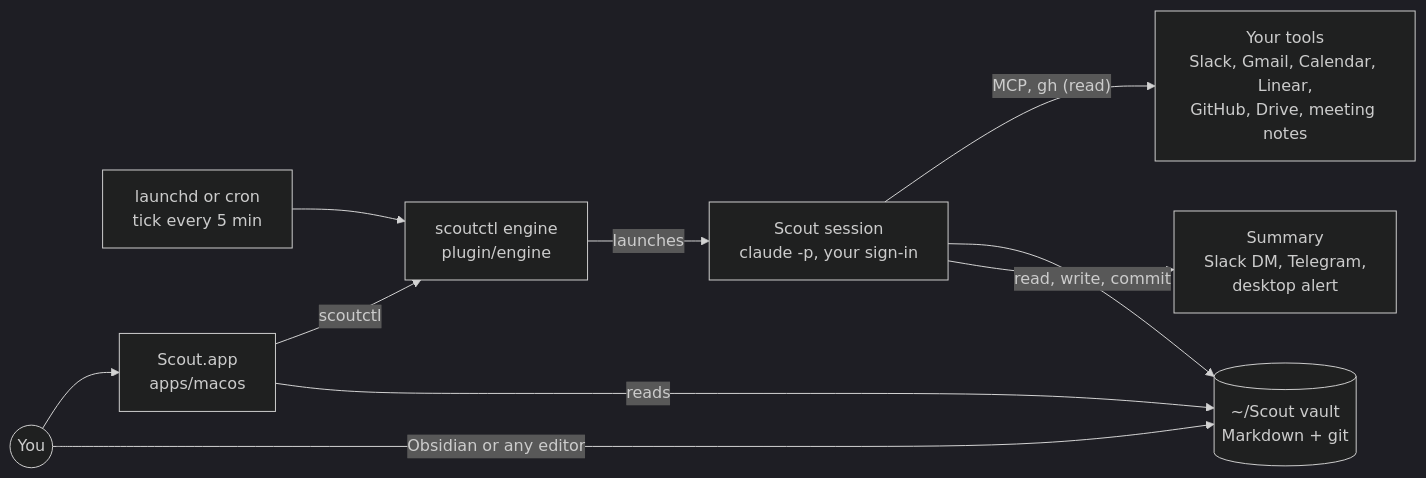
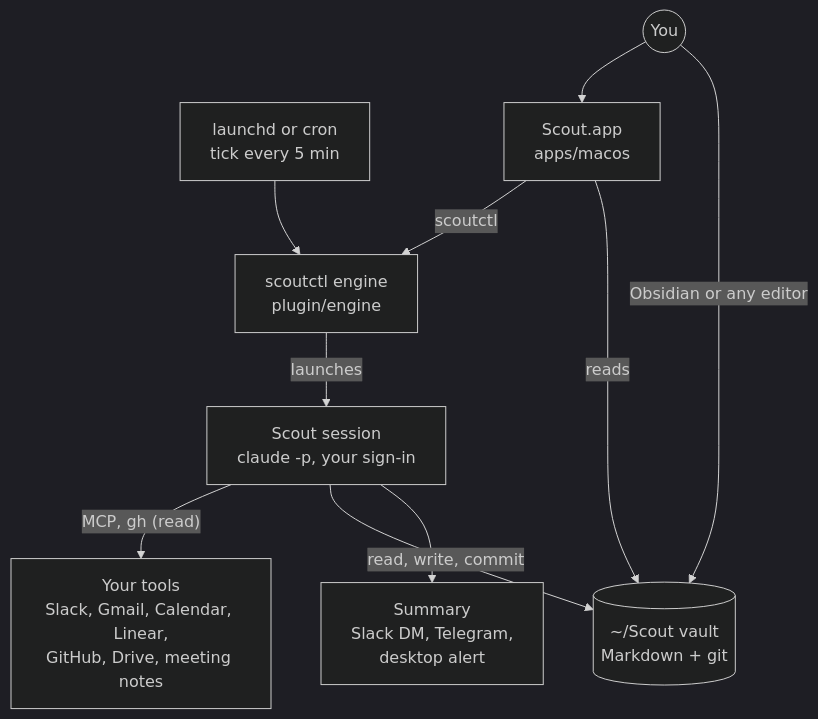
One commit to Raven-Scout/Scout changed the diagram in README.md. Above: the diagram before and after it, drawn with Mermaid (dark theme). The commit also changed other lines of this file, not shown here.

Commit message:
docs(readme): top-down diagram, labelled requirements table, unforced hero wrap

````diff
--- a/README.md
+++ b/README.md
@@ -176,21 +176,21 @@
 ```mermaid
-flowchart LR
+flowchart TB
     you(("You"))
     sched["launchd or cron<br/>tick every 5 min"]
     app["Scout.app<br/>apps/macos"]
     engine["scoutctl engine<br/>plugin/engine"]
     session["Scout session<br/>claude -p, your sign-in"]
     tools["Your tools<br/>Slack, Gmail, Calendar, Linear,<br/>GitHub, Drive, meeting notes"]
     vault[("~/Scout vault<br/>Markdown + git")]
     notify["Summary<br/>Slack DM, Telegram,<br/>desktop alert"]
 
     sched --> engine
     app -- "scoutctl" --> engine
     engine -- "launches" --> session
     session -- "MCP, gh (read)" --> tools
     session -- "read, write, commit" --> vault
     session --> notify
     app -- "reads" --> vault
     you --> app
     you -- "Obsidian or any editor" --> vault
 ```
````
